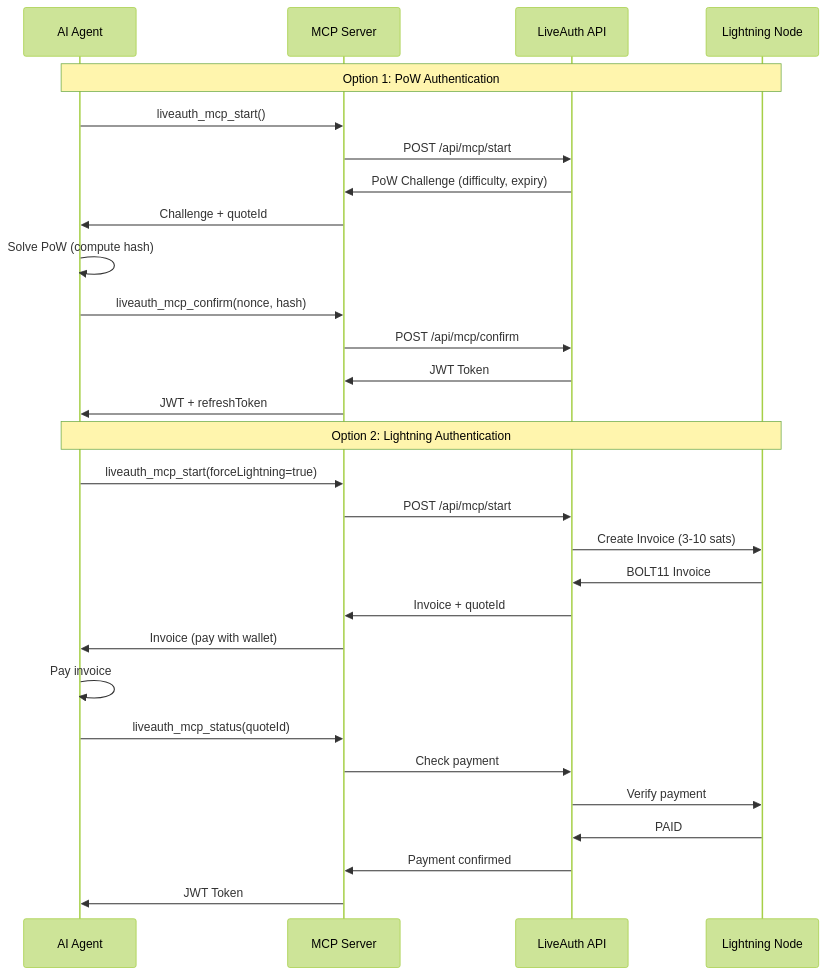
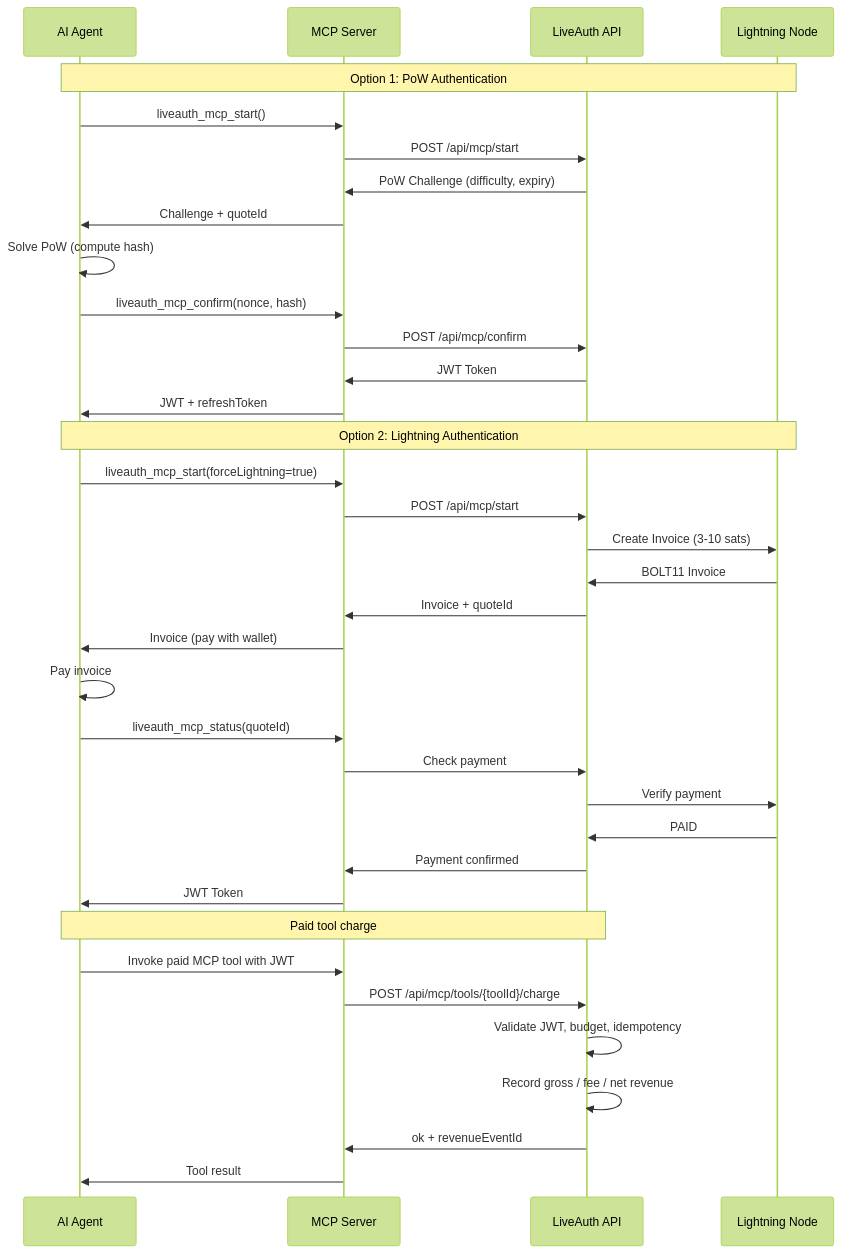
One commit to dulzuradev/liveauth-mcp changed the diagram in docs/diagrams/mcp-flow.mmd. Above: the diagram before and after it, drawn with Mermaid (forest theme). The commit also changed 14 other files, not shown here.

Commit message:
Add MCP tool revenue ledger

```diff
--- a/docs/diagrams/mcp-flow.mmd
+++ b/docs/diagrams/mcp-flow.mmd
@@ -1,31 +1,39 @@
 sequenceDiagram
     participant Agent as AI Agent
     participant MCP as MCP Server
     participant API as LiveAuth API
     participant LND as Lightning Node
 
     Note over Agent,LND: Option 1: PoW Authentication
     Agent->>MCP: liveauth_mcp_start()
     MCP->>API: POST /api/mcp/start
     API->>MCP: PoW Challenge (difficulty, expiry)
     MCP->>Agent: Challenge + quoteId
     Agent->>Agent: Solve PoW (compute hash)
     Agent->>MCP: liveauth_mcp_confirm(nonce, hash)
     MCP->>API: POST /api/mcp/confirm
     API->>MCP: JWT Token
     MCP->>Agent: JWT + refreshToken
 
     Note over Agent,LND: Option 2: Lightning Authentication
     Agent->>MCP: liveauth_mcp_start(forceLightning=true)
     MCP->>API: POST /api/mcp/start
     API->>LND: Create Invoice (3-10 sats)
     LND->>API: BOLT11 Invoice
     API->>MCP: Invoice + quoteId
     MCP->>Agent: Invoice (pay with wallet)
     Agent->>Agent: Pay invoice
     Agent->>MCP: liveauth_mcp_status(quoteId)
     MCP->>API: Check payment
     API->>LND: Verify payment
     LND->>API: PAID
     API->>MCP: Payment confirmed
     MCP->>Agent: JWT Token
+
+    Note over Agent,API: Paid tool charge
+    Agent->>MCP: Invoke paid MCP tool with JWT
+    MCP->>API: POST /api/mcp/tools/{toolId}/charge
+    API->>API: Validate JWT, budget, idempotency
+    API->>API: Record gross / fee / net revenue
+    API->>MCP: ok + revenueEventId
+    MCP->>Agent: Tool result
```
